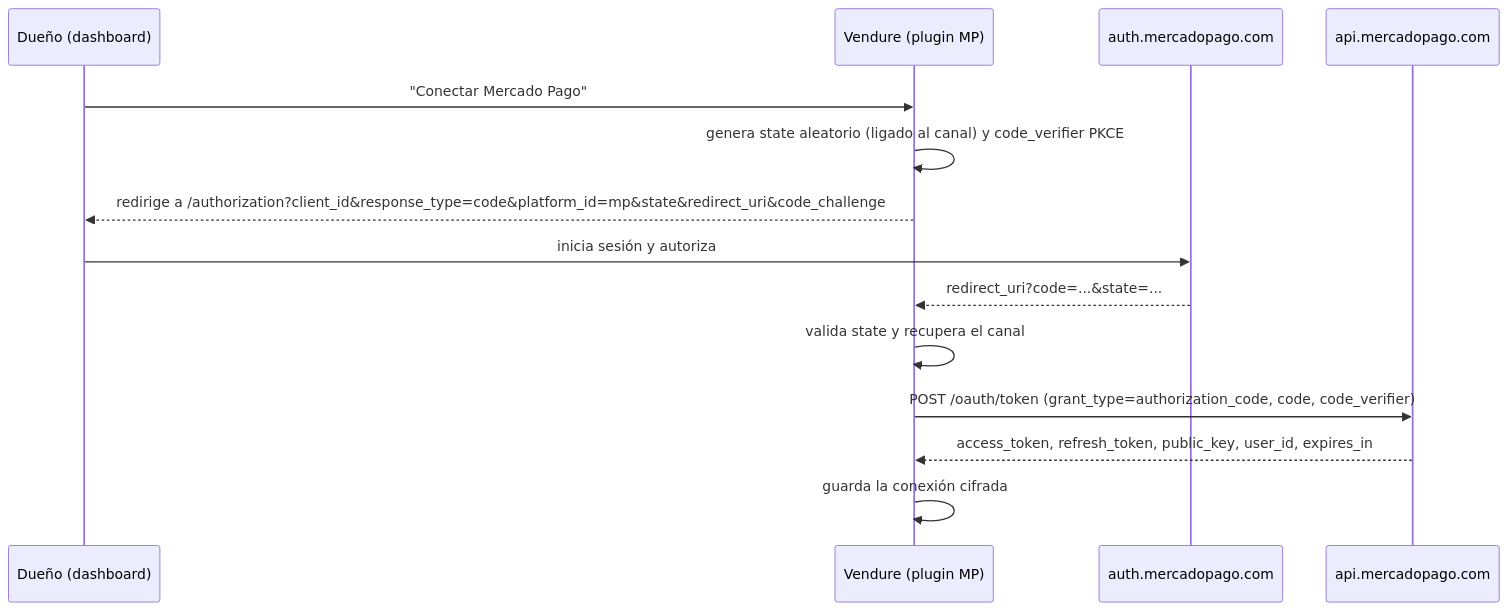
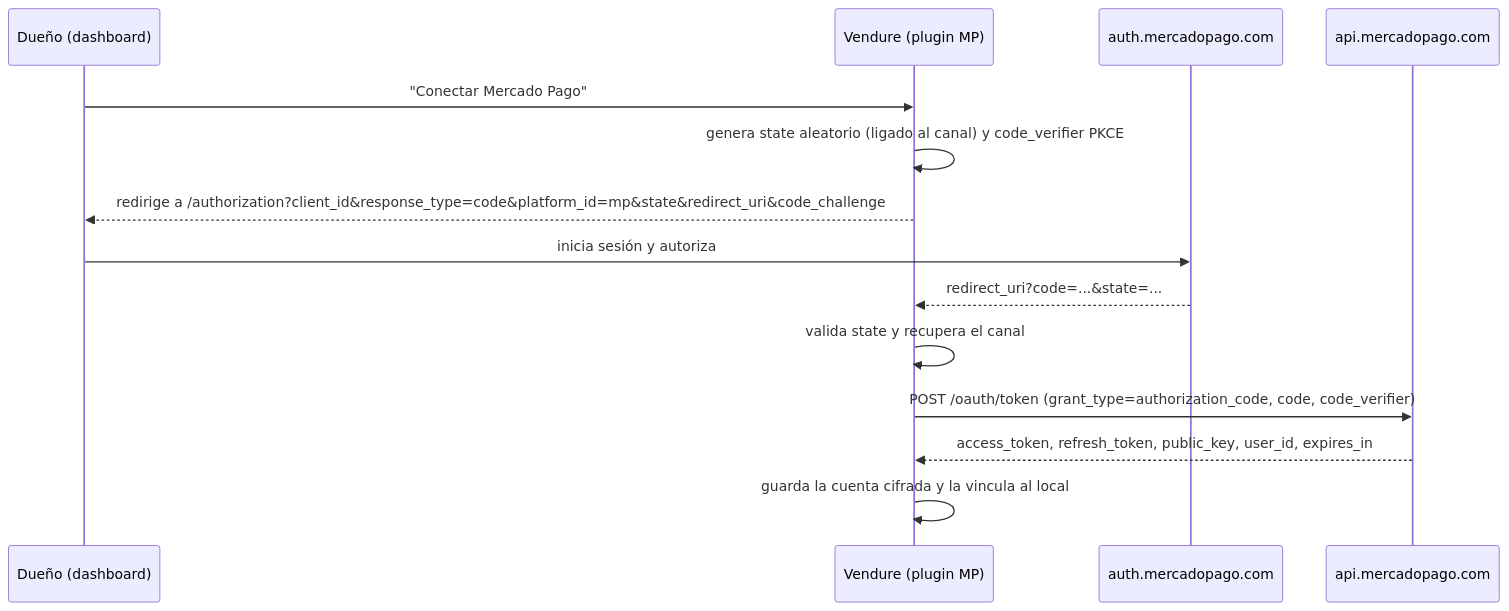
The second of 3 diagrams in docs/PRD.md (JaviDebortoli/TiendaSaaS), drawn with Mermaid before and after one commit. The commit also changed other lines of this file and 5 other files, not shown here.

````diff
--- a/docs/PRD.md
+++ b/docs/PRD.md
@@ -184,16 +186,16 @@
 ```mermaid
 sequenceDiagram
   participant D as Dueño (dashboard)
   participant V as Vendure (plugin MP)
   participant A as auth.mercadopago.com
   participant API as api.mercadopago.com
   D->>V: "Conectar Mercado Pago"
   V->>V: genera state aleatorio (ligado al canal) y code_verifier PKCE
   V-->>D: redirige a /authorization?client_id&response_type=code&platform_id=mp&state&redirect_uri&code_challenge
   D->>A: inicia sesión y autoriza
   A-->>V: redirect_uri?code=...&state=...
   V->>V: valida state y recupera el canal
   V->>API: POST /oauth/token (grant_type=authorization_code, code, code_verifier)
   API-->>V: access_token, refresh_token, public_key, user_id, expires_in
-  V->>V: guarda la conexión cifrada
+  V->>V: guarda la cuenta cifrada y la vincula al local
 ```
````
